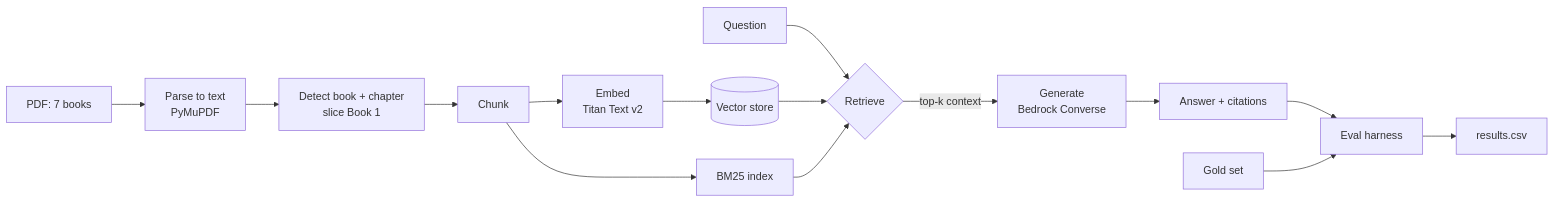
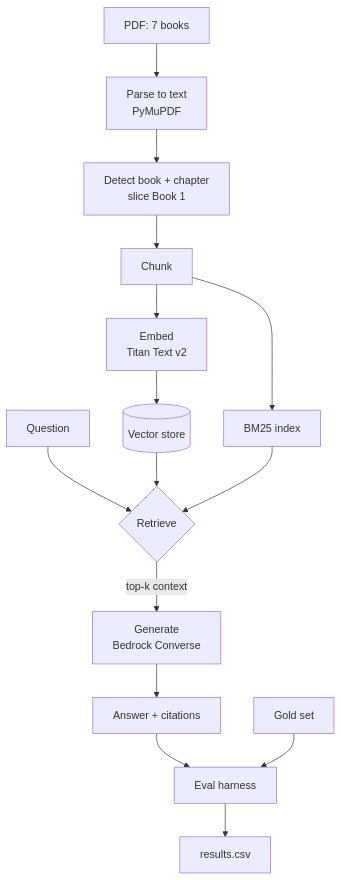
Before and after one commit to monitus2022/monitus_code: the diagram in docs/labs/harry-potter/index.md, drawn with Mermaid. The commit also changed 2 other files, not shown here.

Commit message:
[Lab] Add lab for harry potter RAG

````diff
--- a/docs/labs/harry-potter/index.md
+++ b/docs/labs/harry-potter/index.md
@@ -38,17 +38,17 @@
 ```mermaid
-flowchart LR
+flowchart TD
   A[PDF: 7 books] --> B[Parse to text<br/>PyMuPDF]
   B --> C[Detect book + chapter<br/>slice Book 1]
   C --> D[Chunk]
   D --> E[Embed<br/>Titan Text v2]
   D --> F[BM25 index]
   E --> G[(Vector store)]
   Q[Question] --> H{Retrieve}
   G --> H
   F --> H
   H -->|top-k context| I[Generate<br/>Bedrock Converse]
   I --> J[Answer + citations]
   J --> K[Eval harness]
   L[Gold set] --> K
   K --> M[results.csv]
 ```
````
